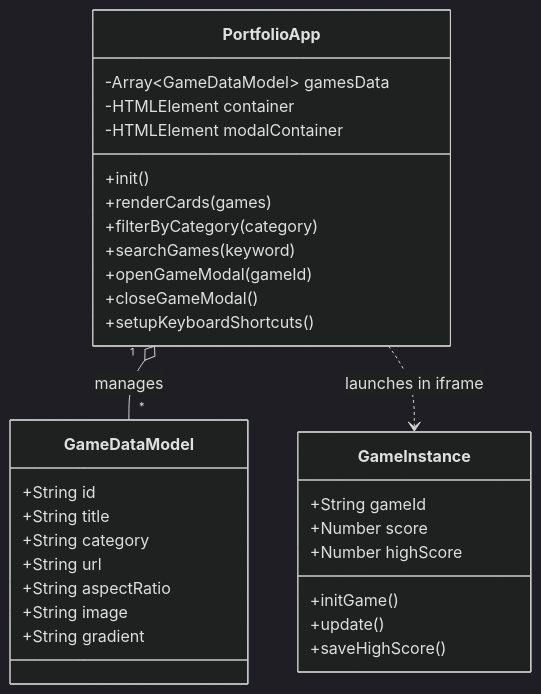
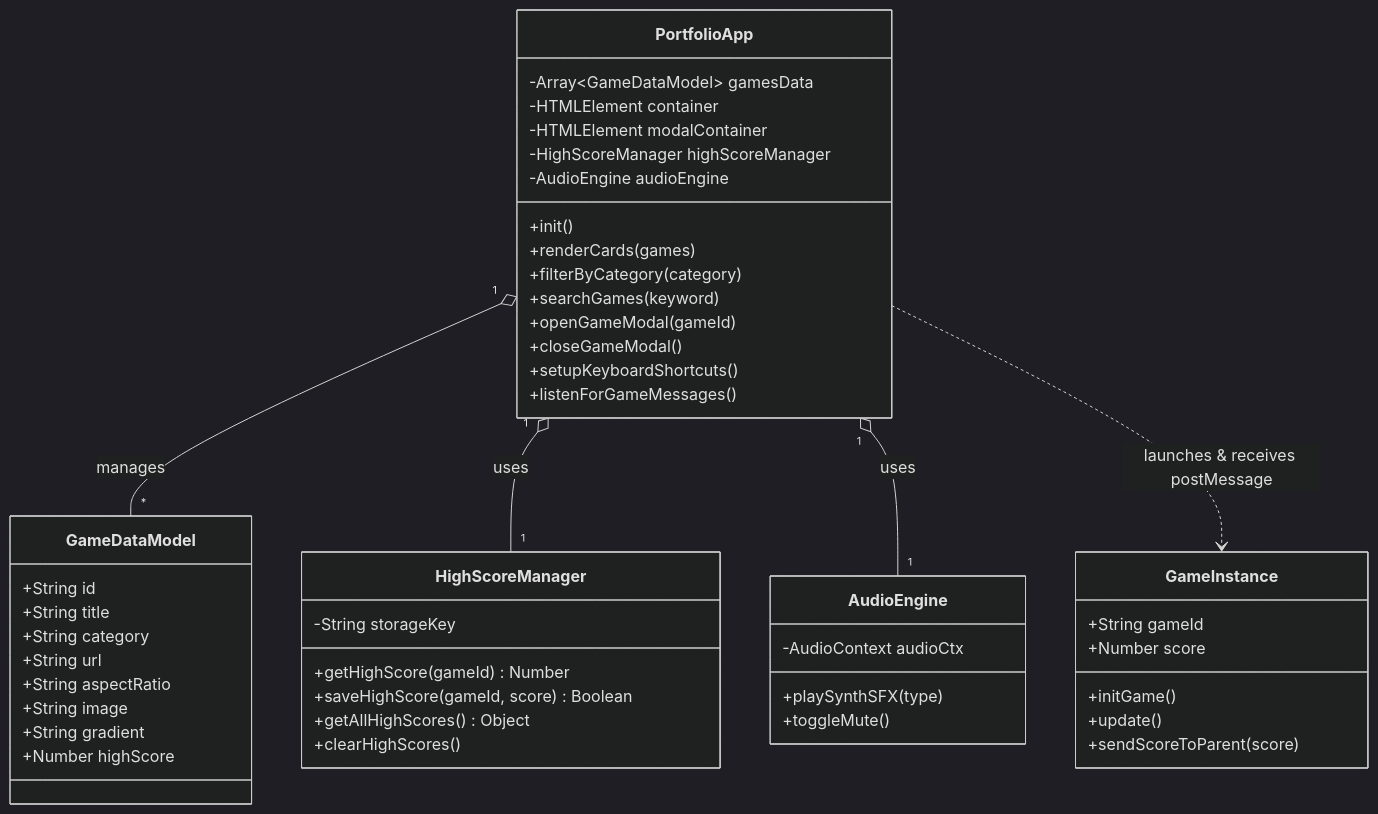
The second of 2 diagrams in docs/software/02-class-diagram.md (nopponaim603/webJS), drawn with Mermaid (dark theme) before and after one commit. The commit also changed other lines of this file and 41 other files, not shown here.

````diff
--- a/docs/software/02-class-diagram.md
+++ b/docs/software/02-class-diagram.md
@@ -39,37 +47,56 @@
 ```mermaid
 classDiagram
     class GameDataModel {
         +String id
         +String title
         +String category
         +String url
         +String aspectRatio
         +String image
         +String gradient
+        +Number highScore
     }
 
     class PortfolioApp {
         -Array~GameDataModel~ gamesData
         -HTMLElement container
         -HTMLElement modalContainer
+        -HighScoreManager highScoreManager
+        -AudioEngine audioEngine
         +init()
         +renderCards(games)
         +filterByCategory(category)
         +searchGames(keyword)
         +openGameModal(gameId)
         +closeGameModal()
         +setupKeyboardShortcuts()
+        +listenForGameMessages()
+    }
+
+    class HighScoreManager {
+        -String storageKey
+        +getHighScore(gameId) Number
+        +saveHighScore(gameId, score) Boolean
+        +getAllHighScores() Object
+        +clearHighScores()
+    }
+
+    class AudioEngine {
+        -AudioContext audioCtx
+        +playSynthSFX(type)
+        +toggleMute()
     }
 
     class GameInstance {
         +String gameId
         +Number score
-        +Number highScore
         +initGame()
         +update()
-        +saveHighScore()
+        +sendScoreToParent(score)
     }
 
     PortfolioApp "1" o-- "*" GameDataModel : manages
-    PortfolioApp ..> GameInstance : launches in iframe
+    PortfolioApp "1" o-- "1" HighScoreManager : uses
+    PortfolioApp "1" o-- "1" AudioEngine : uses
+    PortfolioApp ..> GameInstance : launches & receives postMessage
 ```
````
